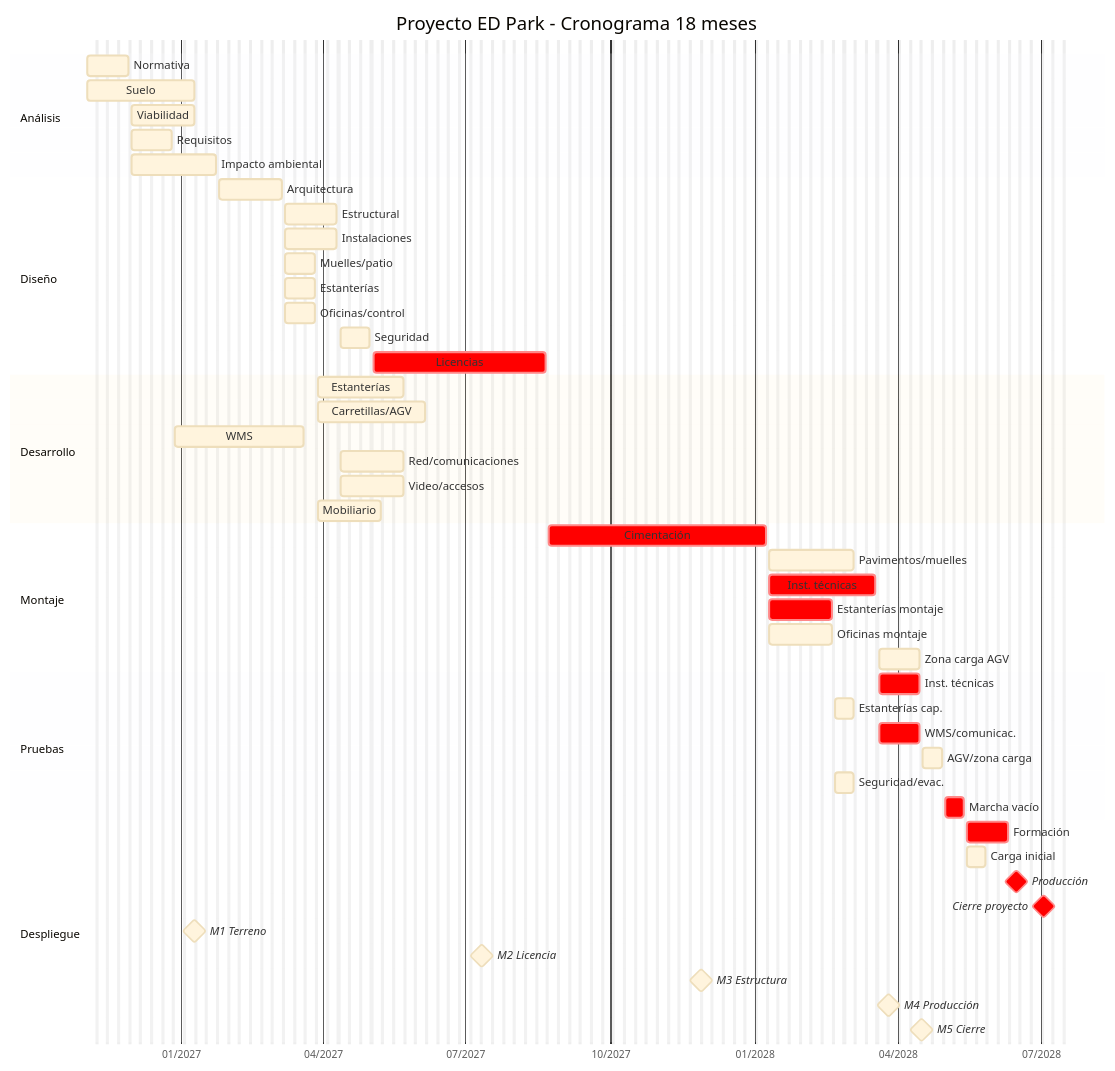
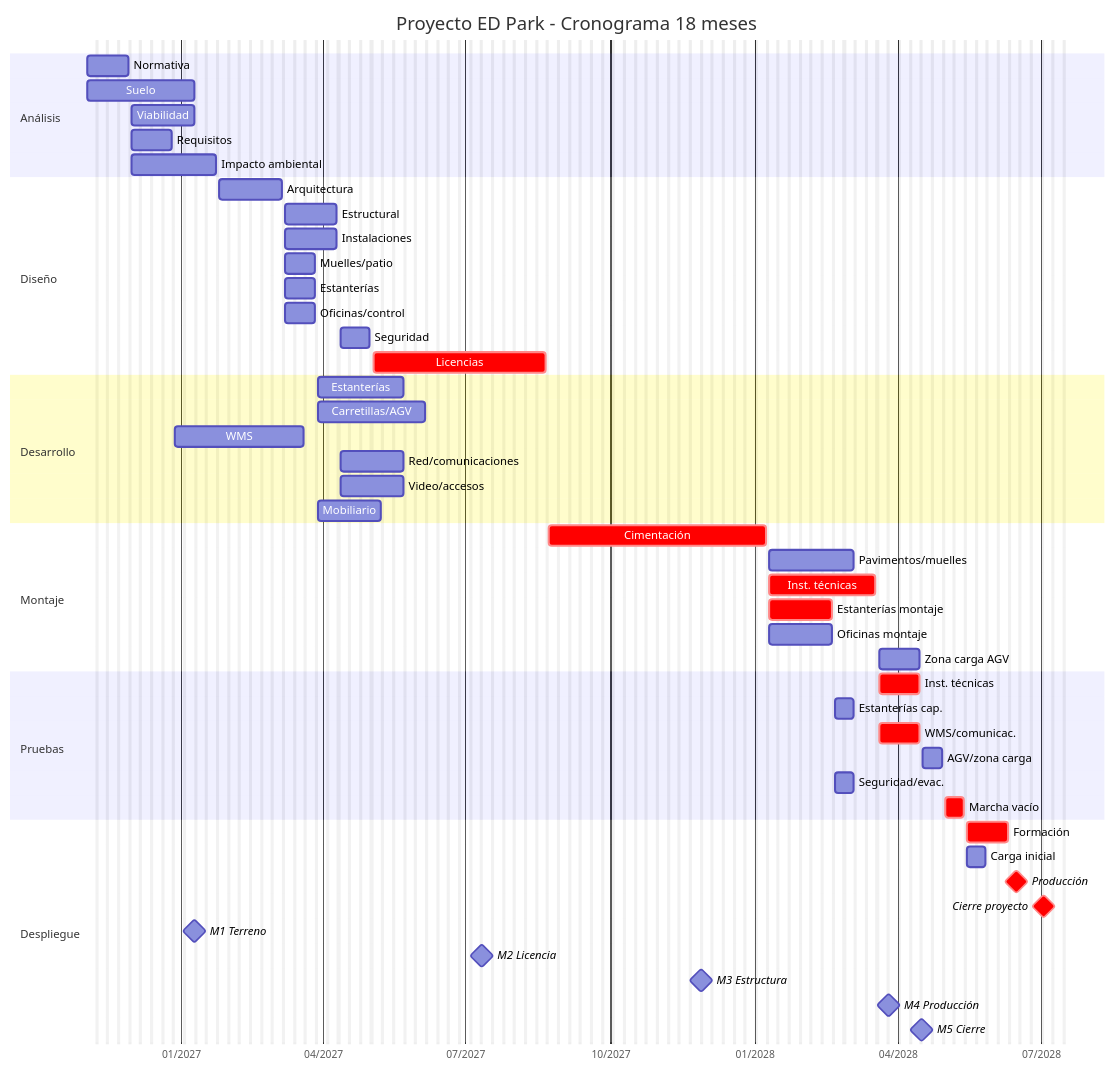
Before and after one commit to ybotet/ED_Park_Proyecto: the diagram in ED_Park_Proyecto/05_Fase_4_Gestion_Proyecto/05_03_Gantt.md, drawn with Mermaid.

Commit message:
Gantt Arreglado barras

````diff
--- a/ED_Park_Proyecto/05_Fase_4_Gestion_Proyecto/05_03_Gantt.md
+++ b/ED_Park_Proyecto/05_Fase_4_Gestion_Proyecto/05_03_Gantt.md
@@ -26,63 +26,62 @@
 ```mermaid
-%%{init: {'theme': 'base', 'themeVariables': {'gridColor': '#cde185', 'lineColor': '#cde185'}}}%%
 gantt
     title Proyecto ED Park - Cronograma 18 meses
     dateFormat  YYYY-MM-DD
     axisFormat  %m/%Y
     todayMarker stroke-width:2,stroke:red
     excludes    weekends
 
     section Análisis
     Normativa            :a1, 2026-11-02, 20d
     Suelo                :a2, 2026-11-02, 50d
     Viabilidad           :a3, after a1, 30d
     Requisitos           :a4, after a1, 20d
     Impacto ambiental    :a5, after a1, 40d
 
     section Diseño
     Arquitectura         :d1, after a4 a5, 30d
     Estructural          :d2, after d1, 25d
     Instalaciones        :d3, after d1, 25d
     Muelles/patio        :d4, after d1, 15d
     Estanterías          :d5, after d1, 15d
     Oficinas/control     :d6, after d1, 15d
     Seguridad            :d7, after d2 d3, 15d
     Licencias            :crit, d8, after d1 d7, 80d
 
     section Desarrollo
     Estanterías          :dev1, after d5, 40d
     Carretillas/AGV      :dev2, after d5, 50d
     WMS                  :dev3, after a4, 60d
     Red/comunicaciones   :dev4, after d3, 30d
     Video/accesos        :dev5, after d3, 30d
     Mobiliario           :dev6, after d6, 30d
 
     section Montaje
     Cimentación          :crit, m1, after d8, 100d
     Pavimentos/muelles   :m2, after m1, 40d
     Inst. técnicas       :crit, m3, after m1, 50d
     Estanterías montaje  :crit, m4, after m1 dev1, 30d
     Oficinas montaje     :m5, after m1 dev6, 30d
     Zona carga AGV       :m6, after m3 dev2, 20d
 
     section Pruebas
     Inst. técnicas       :crit, p1, after m3, 20d
     Estanterías cap.     :p2, after m4, 10d
     WMS/comunicac.       :crit, p3, after m3 dev3, 20d
     AGV/zona carga       :p4, after m6 p3, 10d
     Seguridad/evac.      :p5, after m5 d7, 10d
     Marcha vacío         :crit, p6, after p1 p3 p4, 10d
 
     section Despliegue
     Formación            :crit, dp1, after p6, 20d
     Carga inicial        :dp2, after p6, 10d
     Producción           :crit, milestone, dp3, after dp1 dp2, 5d
     Cierre proyecto      :crit, milestone, dp4, after dp3, 20d
 
     %% Hitos
     M1 Terreno           :milestone, m1_ms, 2027-01-09, 0d
     M2 Licencia          :milestone, m2_ms, 2027-07-11, 0d
     M3 Estructura        :milestone, m3_ms, 2027-11-28, 0d
     M4 Producción        :milestone, m4_ms, 2028-03-26, 0d
     M5 Cierre            :milestone, m5_ms, 2028-04-16, 0d
 ```
````
